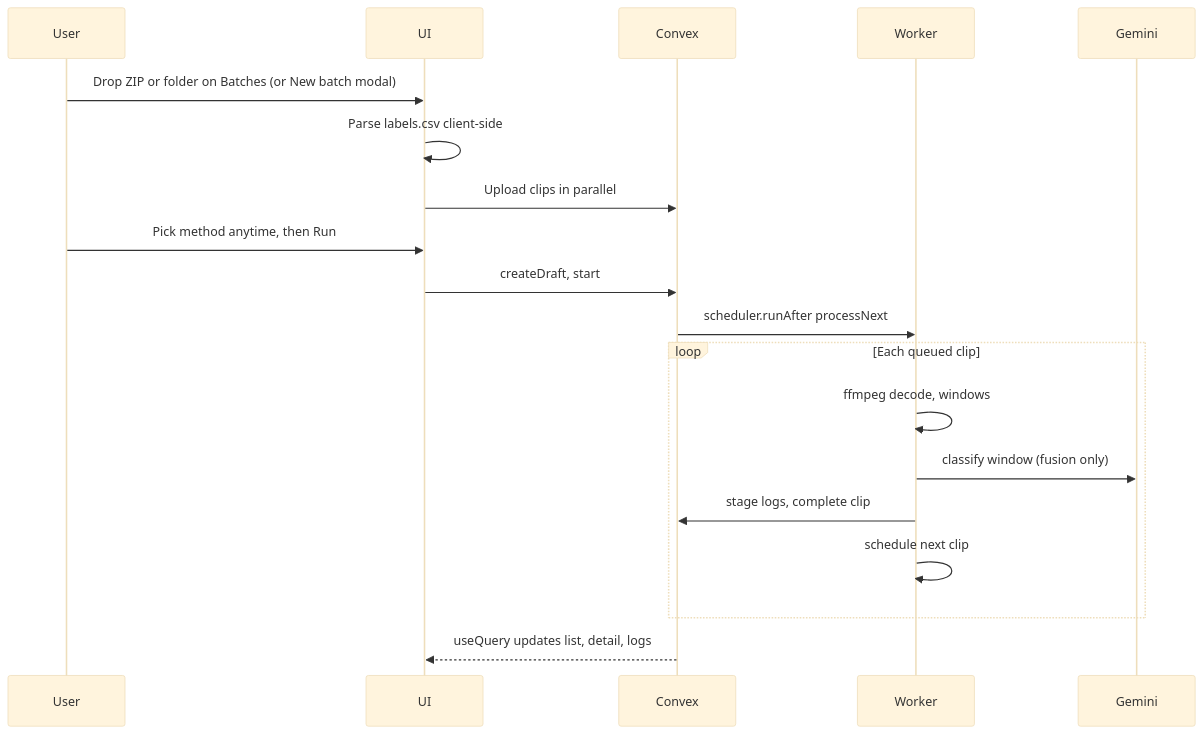
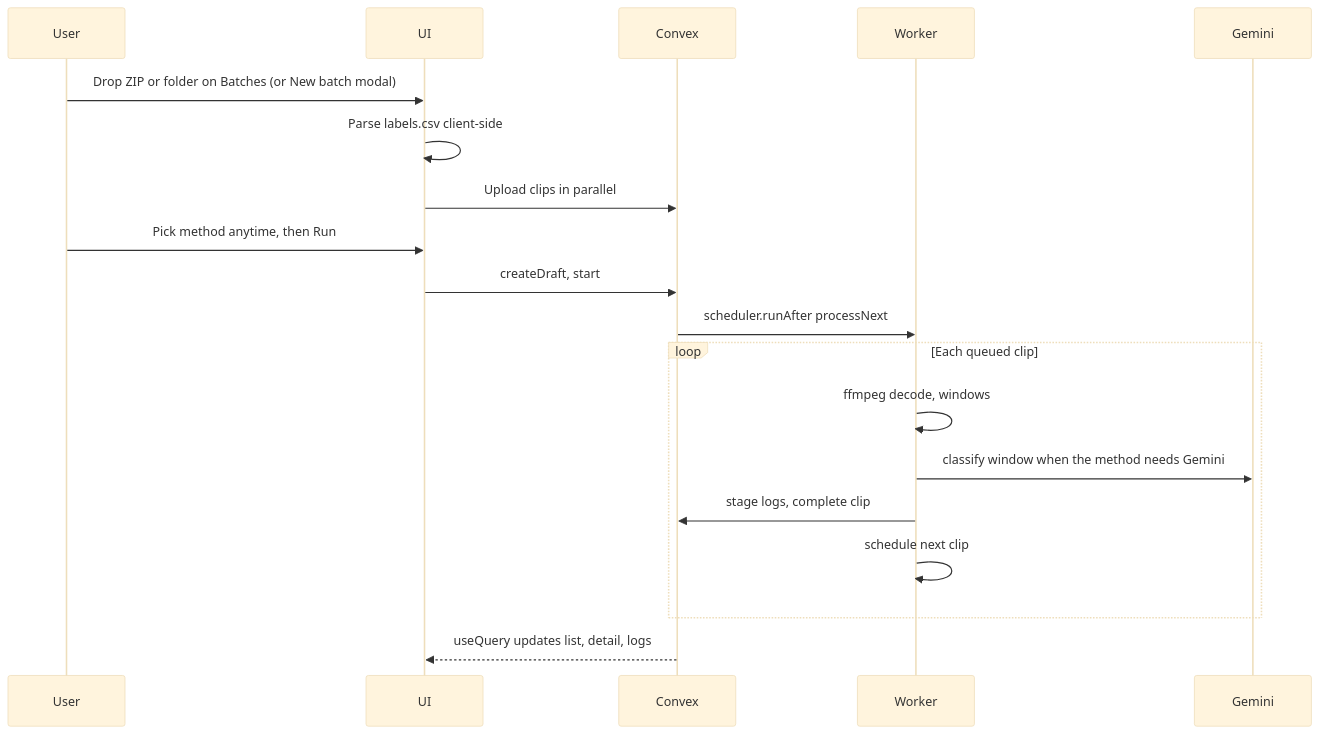
The second of 2 diagrams in docs/ARCHITECTURE.md (ftsaylon/autoace-voice-trial), drawn with Mermaid (base theme) before and after one commit. The commit also changed other lines of this file and 37 other files, not shown here.

````diff
--- a/docs/ARCHITECTURE.md
+++ b/docs/ARCHITECTURE.md
@@ -55,22 +55,22 @@
 ```mermaid
 sequenceDiagram
   participant User
   participant UI
   participant Convex
   participant Worker
   participant Gemini
 
   User->>UI: Drop ZIP or folder on Batches (or New batch modal)
   UI->>UI: Parse labels.csv client-side
   UI->>Convex: Upload clips in parallel
   User->>UI: Pick method anytime, then Run
   UI->>Convex: createDraft, start
   Convex->>Worker: scheduler.runAfter processNext
   loop Each queued clip
     Worker->>Worker: ffmpeg decode, windows
-    Worker->>Gemini: classify window (fusion only)
+    Worker->>Gemini: classify window when the method needs Gemini
     Worker->>Convex: stage logs, complete clip
     Worker->>Worker: schedule next clip
   end
   Convex-->>UI: useQuery updates list, detail, logs
 ```
````
